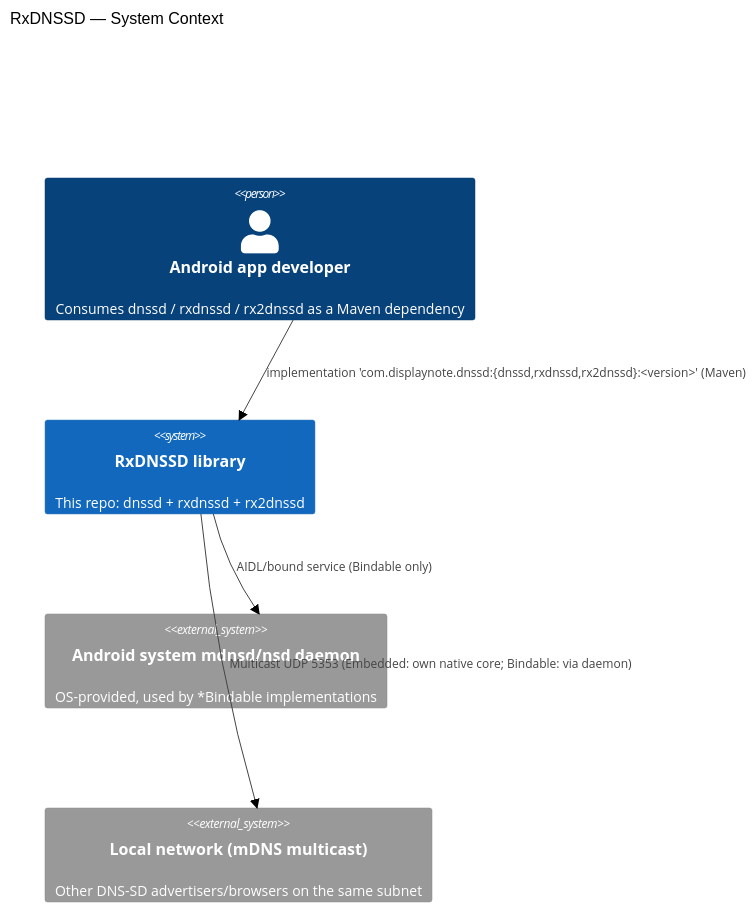
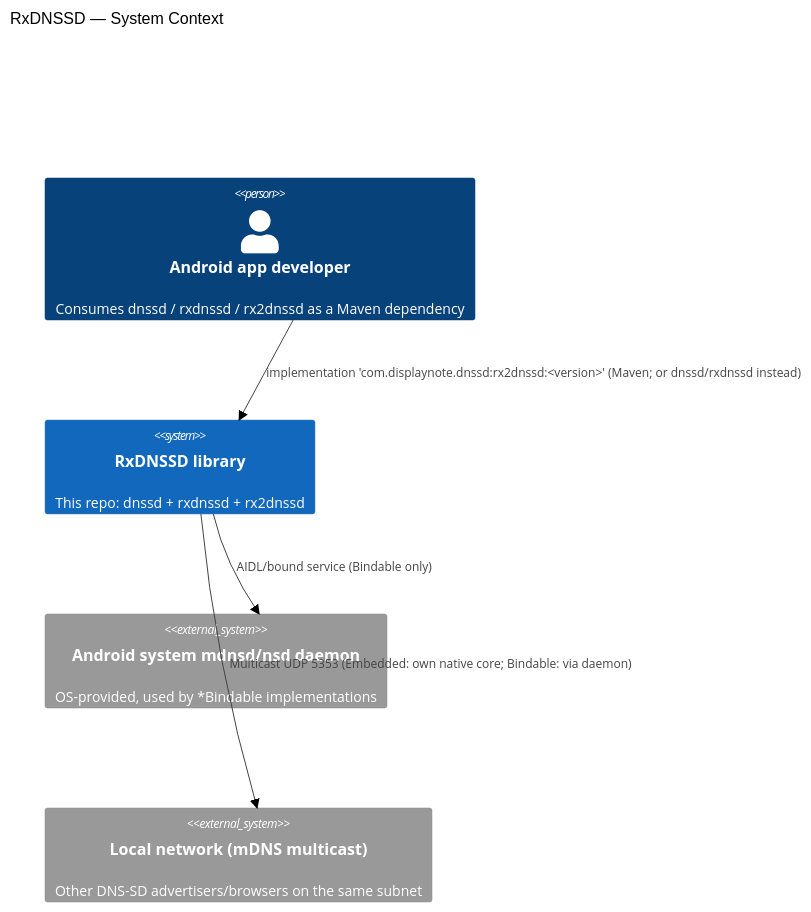
The first of 4 diagrams in docs/architecture.md (DisplayNote/RxDNSSD), drawn with Mermaid (neutral theme) before and after one commit.

Commit message:
docs: use valid Gradle/Maven coordinate syntax in context diagram
The brace-list dependency notation (com.displaynote.dnssd:{dnssd,rxdnssd,rx2dnssd}:<version>) isn't valid Gradle/Maven syntax and could be copy-pasted into a build file by mistake. Show one concrete coordinate and note the other two artifacts as alternatives.

````diff
--- a/docs/architecture.md
+++ b/docs/architecture.md
@@ -7,13 +7,13 @@
 ```mermaid
 C4Context
     title RxDNSSD — System Context
 
     Person(dev, "Android app developer", "Consumes dnssd / rxdnssd / rx2dnssd as a Maven dependency")
     System(rxdnssd, "RxDNSSD library", "This repo: dnssd + rxdnssd + rx2dnssd")
     System_Ext(mdnsd, "Android system mdnsd/nsd daemon", "OS-provided, used by *Bindable implementations")
     System_Ext(lan, "Local network (mDNS multicast)", "Other DNS-SD advertisers/browsers on the same subnet")
 
-    Rel(dev, rxdnssd, "implementation 'com.displaynote.dnssd:{dnssd,rxdnssd,rx2dnssd}:<version>' (Maven)")
+    Rel(dev, rxdnssd, "implementation 'com.displaynote.dnssd:rx2dnssd:<version>' (Maven; or dnssd/rxdnssd instead)")
     Rel(rxdnssd, mdnsd, "AIDL/bound service (Bindable only)")
     Rel(rxdnssd, lan, "Multicast UDP 5353 (Embedded: own native core; Bindable: via daemon)")
 ```
````
